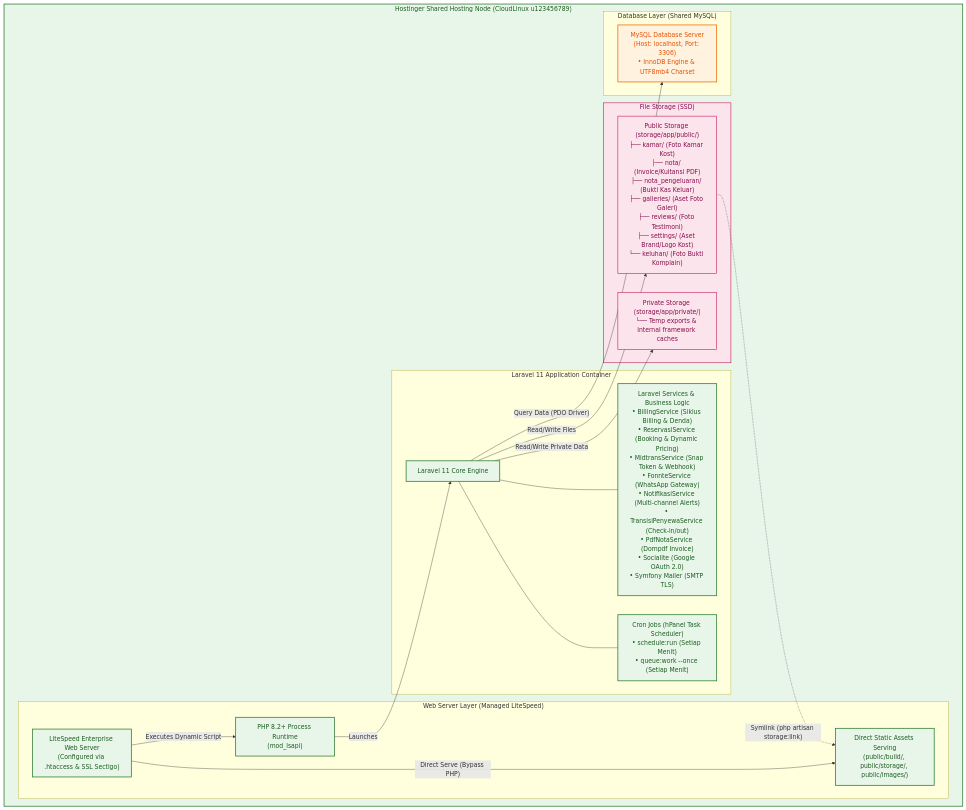
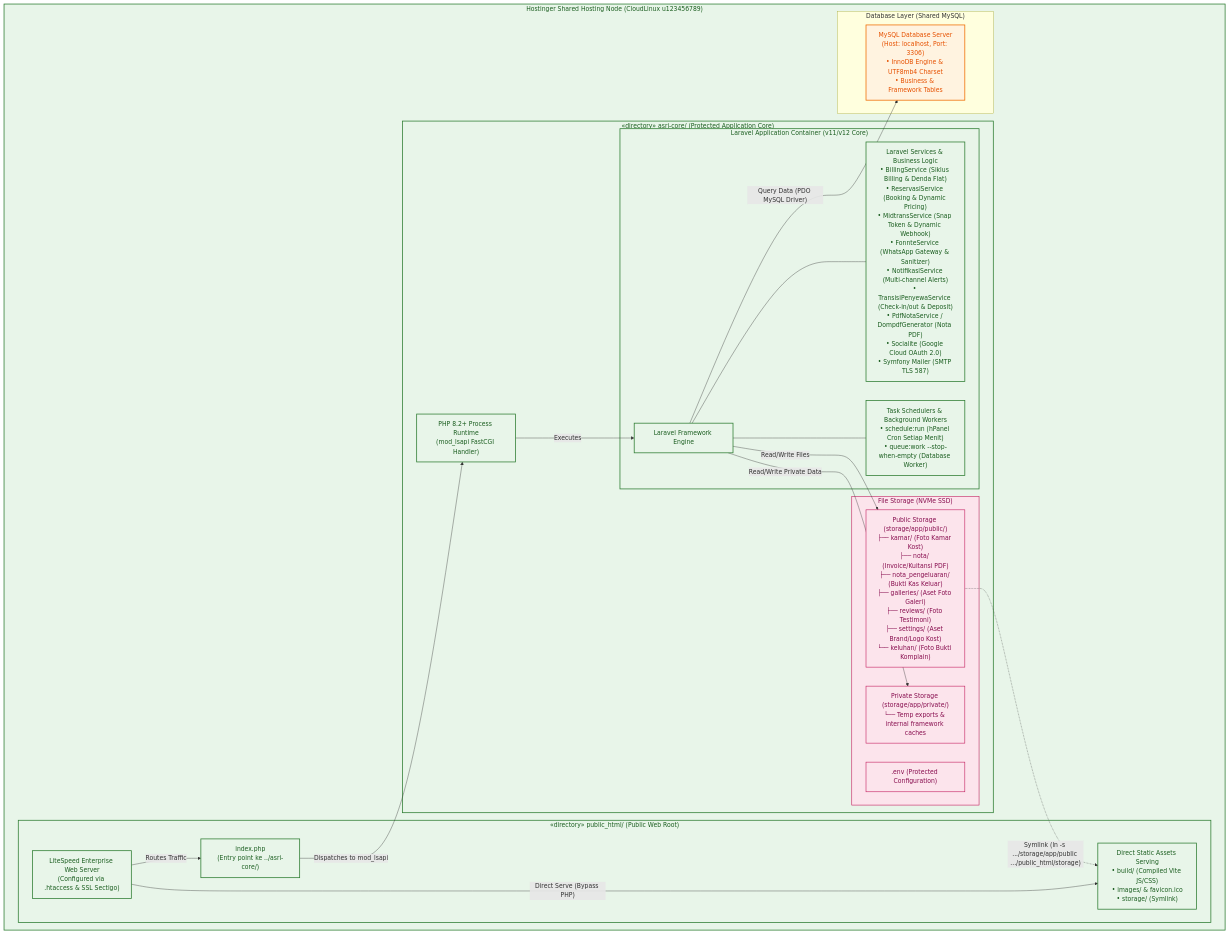
The third of 7 diagrams in Blueprint/Deployment_Diagram_Kost.md (rafifarsyapradiva/asri-boarding-house), drawn with Mermaid before and after one commit. The commit also changed other lines of this file and 15 other files, not shown here.

Commit message:
docs(blueprint): harmonisasi infrastruktur hostinger produksi & finalisasi mutlak deployment diagram v244.0

````diff
--- a/Blueprint/Deployment_Diagram_Kost.md
+++ b/Blueprint/Deployment_Diagram_Kost.md
@@ -194,45 +206,52 @@
 ```mermaid
 flowchart TB
     subgraph SharedHostingNode["Hostinger Shared Hosting Node (CloudLinux u123456789)"]
-        subgraph WebServer["Web Server Layer (Managed LiteSpeed)"]
+        
+        subgraph PublicFolder["«directory» public_html/ (Public Web Root)"]
             LiteSpeed["LiteSpeed Enterprise Web Server<br/>(Configured via .htaccess & SSL Sectigo)"]
-            PHPRuntime["PHP 8.2+ Process Runtime<br/>(mod_lsapi)"]
-            StaticAssets["Direct Static Assets Serving<br/>(public/build/, public/storage/, public/images/)"]
-            LiteSpeed -->|"Executes Dynamic Script"| PHPRuntime
+            StaticAssets["Direct Static Assets Serving<br/>• build/ (Compiled Vite JS/CSS)<br/>• images/ & favicon.ico<br/>• storage/ (Symlink)"]
+            IndexPHP["index.php<br/>(Entry point ke ../asri-core/)"]
             LiteSpeed -->|"Direct Serve (Bypass PHP)"| StaticAssets
+            LiteSpeed -->|"Routes Traffic"| IndexPHP
         end
 
-        subgraph LaravelApp["Laravel 11 Application Container"]
-            LaravelEngine["Laravel 11 Core Engine"]
-            Services["Laravel Services & Business Logic<br/>• BillingService (Siklus Billing & Denda)<br/>• ReservasiService (Booking & Dynamic Pricing)<br/>• MidtransService (Snap Token & Webhook)<br/>• FonnteService (WhatsApp Gateway)<br/>• NotifikasiService (Multi-channel Alerts)<br/>• TransisiPenyewaService (Check-in/out)<br/>• PdfNotaService (Dompdf Invoice)<br/>• Socialite (Google OAuth 2.0)<br/>• Symfony Mailer (SMTP TLS)"]
-            Schedulers["Cron Jobs (hPanel Task Scheduler)<br/>• schedule:run (Setiap Menit)<br/>• queue:work --once (Setiap Menit)"]
+        subgraph CoreFolder["«directory» asri-core/ (Protected Application Core)"]
+            PHPRuntime["PHP 8.2+ Process Runtime<br/>(mod_lsapi FastCGI Handler)"]
             
-            LaravelEngine --- Services
-            LaravelEngine --- Schedulers
-        end
+            subgraph LaravelApp["Laravel Application Container (v11/v12 Core)"]
+                LaravelEngine["Laravel Framework Engine"]
+                Services["Laravel Services & Business Logic<br/>• BillingService (Siklus Billing & Denda Flat)<br/>• ReservasiService (Booking & Dynamic Pricing)<br/>• MidtransService (Snap Token & Dynamic Webhook)<br/>• FonnteService (WhatsApp Gateway & Sanitizer)<br/>• NotifikasiService (Multi-channel Alerts)<br/>• TransisiPenyewaService (Check-in/out & Deposit)<br/>• PdfNotaService / DompdfGenerator (Nota PDF)<br/>• Socialite (Google Cloud OAuth 2.0)<br/>• Symfony Mailer (SMTP TLS 587)"]
+                Schedulers["Task Schedulers & Background Workers<br/>• schedule:run (hPanel Cron Setiap Menit)<br/>• queue:work --stop-when-empty (Database Worker)"]
+                
+                LaravelEngine --- Services
+                LaravelEngine --- Schedulers
+            end
 
-        subgraph Storage["File Storage (SSD)"]
-            PublicSSD["Public Storage (storage/app/public/)<br/>├── kamar/ (Foto Kamar Kost)<br/>├── nota/ (Invoice/Kuitansi PDF)<br/>├── nota_pengeluaran/ (Bukti Kas Keluar)<br/>├── galleries/ (Aset Foto Galeri)<br/>├── reviews/ (Foto Testimoni)<br/>├── settings/ (Aset Brand/Logo Kost)<br/>└── keluhan/ (Foto Bukti Komplain)"]
-            PrivateSSD["Private Storage (storage/app/private/)<br/>└── Temp exports & internal framework caches"]
+            subgraph Storage["File Storage (NVMe SSD)"]
+                PublicSSD["Public Storage (storage/app/public/)<br/>├── kamar/ (Foto Kamar Kost)<br/>├── nota/ (Invoice/Kuitansi PDF)<br/>├── nota_pengeluaran/ (Bukti Kas Keluar)<br/>├── galleries/ (Aset Foto Galeri)<br/>├── reviews/ (Foto Testimoni)<br/>├── settings/ (Aset Brand/Logo Kost)<br/>└── keluhan/ (Foto Bukti Komplain)"]
+                PrivateSSD["Private Storage (storage/app/private/)<br/>└── Temp exports & internal framework caches"]
+                EnvSecret[".env (Protected Configuration)"]
+            end
         end
 
         subgraph DatabaseLayer["Database Layer (Shared MySQL)"]
-            MySQLDB["MySQL Database Server<br/>(Host: localhost, Port: 3306)<br/>• InnoDB Engine & UTF8mb4 Charset"]
+            MySQLDB["MySQL Database Server<br/>(Host: localhost, Port: 3306)<br/>• InnoDB Engine & UTF8mb4 Charset<br/>• Business & Framework Tables"]
         end
 
-        PHPRuntime -->|"Launches"| LaravelEngine
+        IndexPHP -->|"Dispatches to mod_lsapi"| PHPRuntime
+        PHPRuntime -->|"Executes"| LaravelEngine
         LaravelEngine -->|"Read/Write Files"| PublicSSD
         LaravelEngine -->|"Read/Write Private Data"| PrivateSSD
-        PublicSSD -.->|"Symlink (php artisan storage:link)"| StaticAssets
-        LaravelEngine -->|"Query Data (PDO Driver)"| MySQLDB
+        PublicSSD -.->|"Symlink (ln -s .../storage/app/public .../public_html/storage)"| StaticAssets
+        LaravelEngine -->|"Query Data (PDO MySQL Driver)"| MySQLDB
     end
 
     %% Styling
     classDef server fill:#E8F5E9,stroke:#2E7D32,stroke-width:2px,color:#1B5E20;
     classDef db fill:#FFF3E0,stroke:#EF6C00,stroke-width:2px,color:#E65100;
     classDef storage fill:#FCE4EC,stroke:#C2185B,stroke-width:1.5px,color:#880E4F;
 
-    class SharedHostingNode,LiteSpeed,PHPRuntime,StaticAssets,LaravelEngine,Services,Schedulers server;
+    class SharedHostingNode,PublicFolder,CoreFolder,LiteSpeed,PHPRuntime,StaticAssets,IndexPHP,LaravelApp,LaravelEngine,Services,Schedulers server;
     class MySQLDB db;
-    class Storage,PublicSSD,PrivateSSD storage;
+    class Storage,PublicSSD,PrivateSSD,EnvSecret storage;
 ```
````
